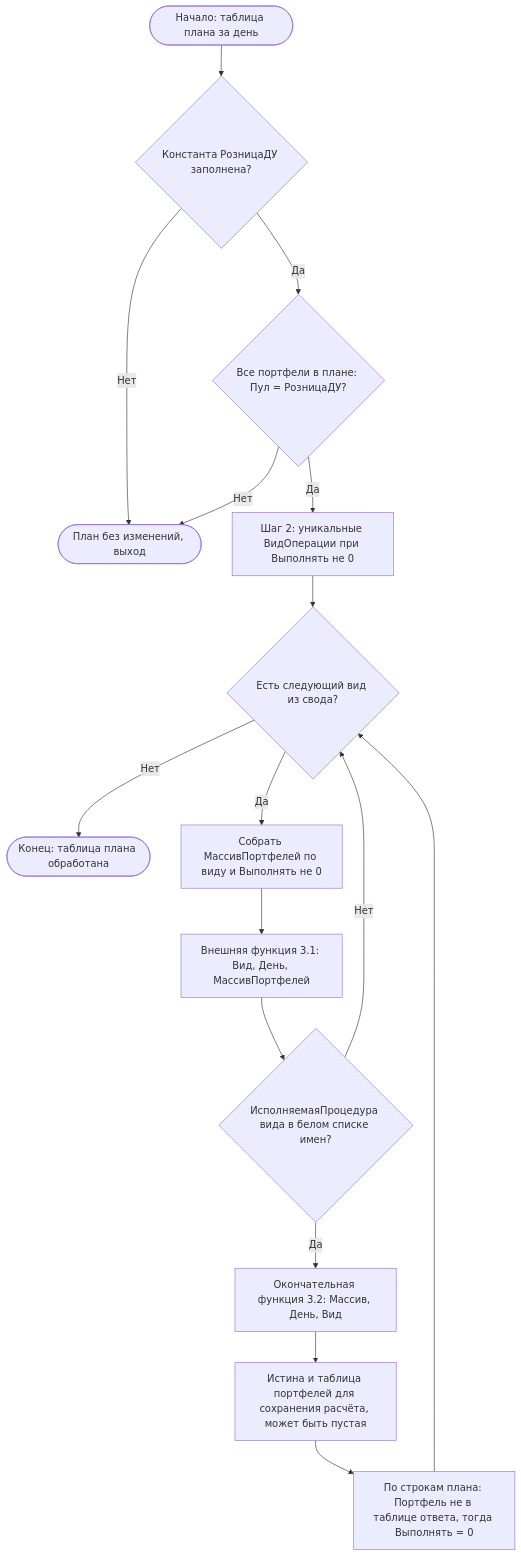
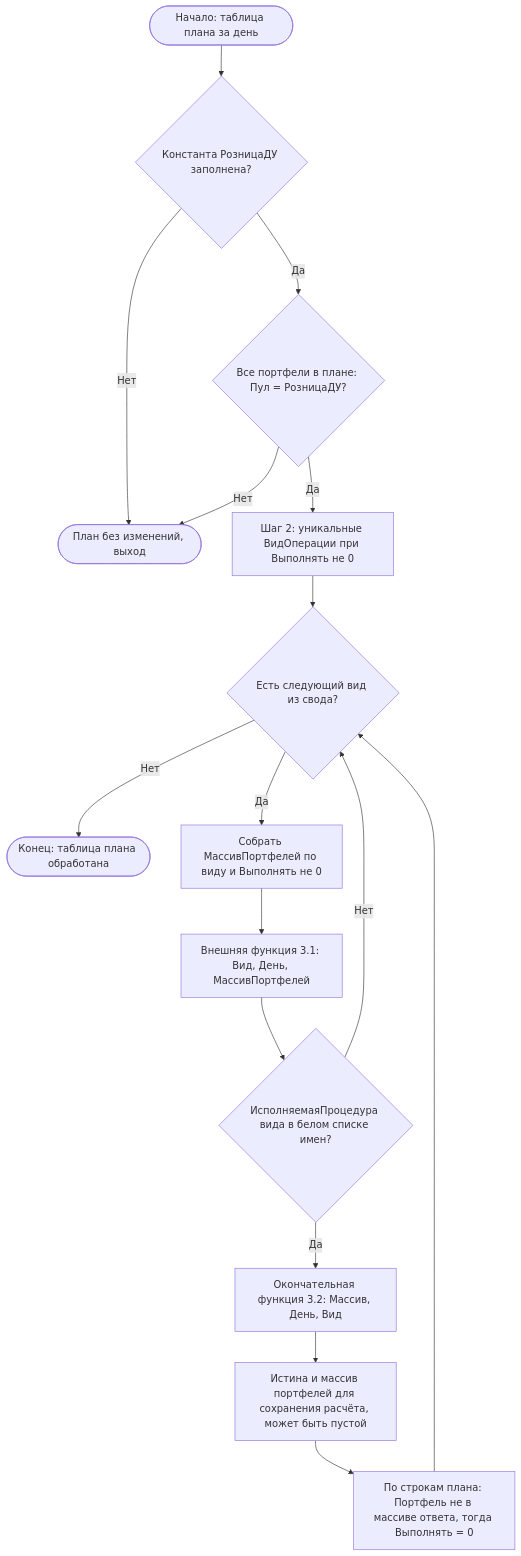
One commit to mmmmmm786mngb-jpg/WIM_DEV changed the diagram in bases/WIM_FIn/projects/IMDEV-8641 Оптимизация регламентных операций в ФИН под РДУ/Документация/filter_plan_regl_operations_table_integration.md. Above: the diagram before and after it, drawn with Mermaid. The commit also changed other lines of this file and 1 other file, not shown here.

````diff
--- a/bases/WIM_FIn/projects/IMDEV-8641 Оптимизация регламентных операций в ФИН под РДУ/Документация/filter_plan_regl_operations_table_integration.md
+++ b/bases/WIM_FIn/projects/IMDEV-8641 Оптимизация регламентных операций в ФИН под РДУ/Документация/filter_plan_regl_operations_table_integration.md
@@ -45,18 +45,18 @@
 ```mermaid
 flowchart TD
     A([Начало: таблица плана за день]) --> B{Константа РозницаДУ заполнена?}
     B -->|Нет| Z1([План без изменений, выход])
     B -->|Да| C{Все портфели в плане: Пул = РозницаДУ?}
     C -->|Нет| Z1
     C -->|Да| D[Шаг 2: уникальные ВидОперации при Выполнять не 0]
     D --> E{Есть следующий вид из свода?}
     E -->|Нет| Z2([Конец: таблица плана обработана])
     E -->|Да| F[Собрать МассивПортфелей по виду и Выполнять не 0]
     F --> G[Внешняя функция 3.1: Вид, День, МассивПортфелей]
     G --> H{ИсполняемаяПроцедура вида в белом списке имен?}
     H -->|Нет| E
     H -->|Да| I[Окончательная функция 3.2: Массив, День, Вид]
-    I --> J[Истина и таблица портфелей для сохранения расчёта, может быть пустая]
-    J --> K[По строкам плана: Портфель не в таблице ответа, тогда Выполнять = 0]
+    I --> J[Истина и массив портфелей для сохранения расчёта, может быть пустой]
+    J --> K[По строкам плана: Портфель не в массиве ответа, тогда Выполнять = 0]
     K --> E
 ```
````
